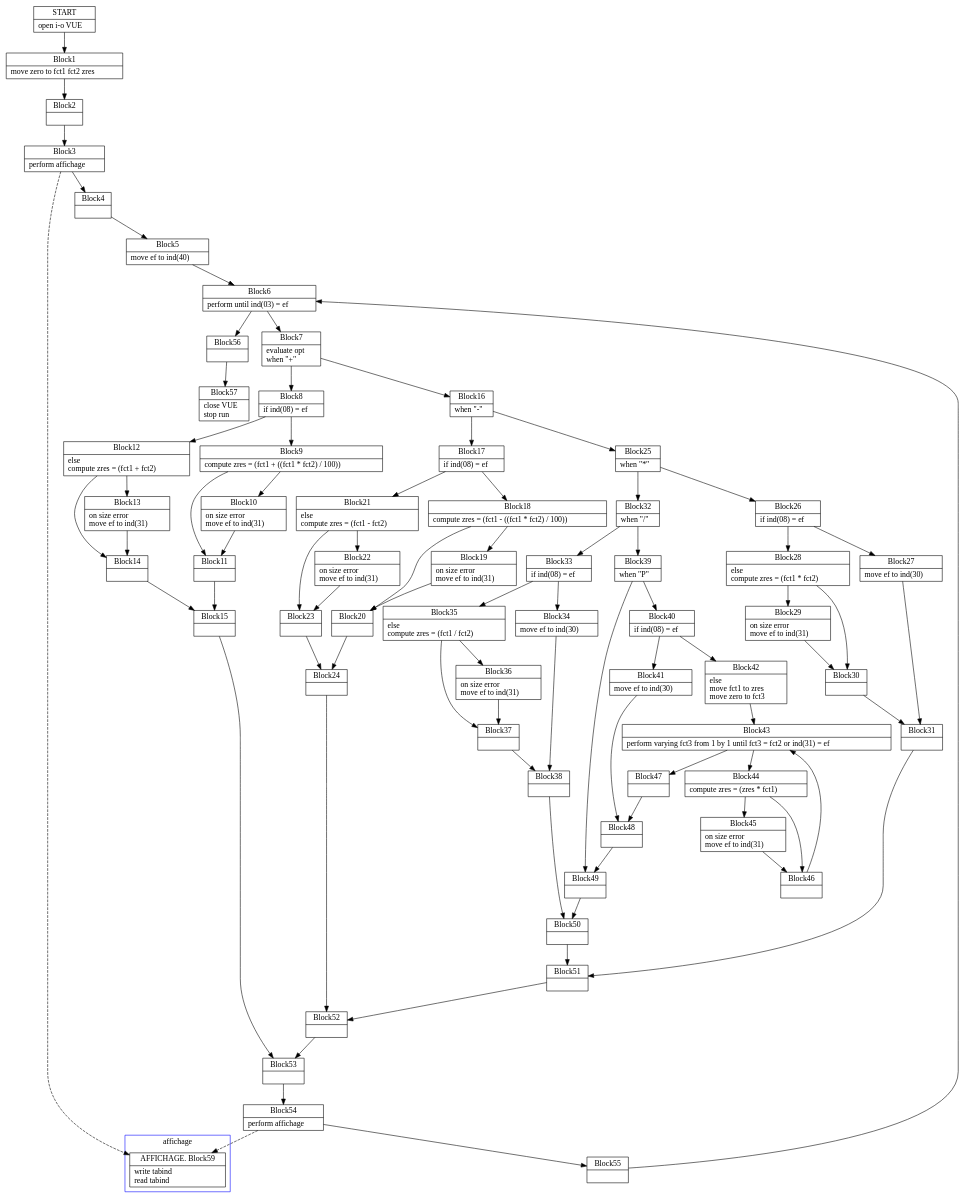
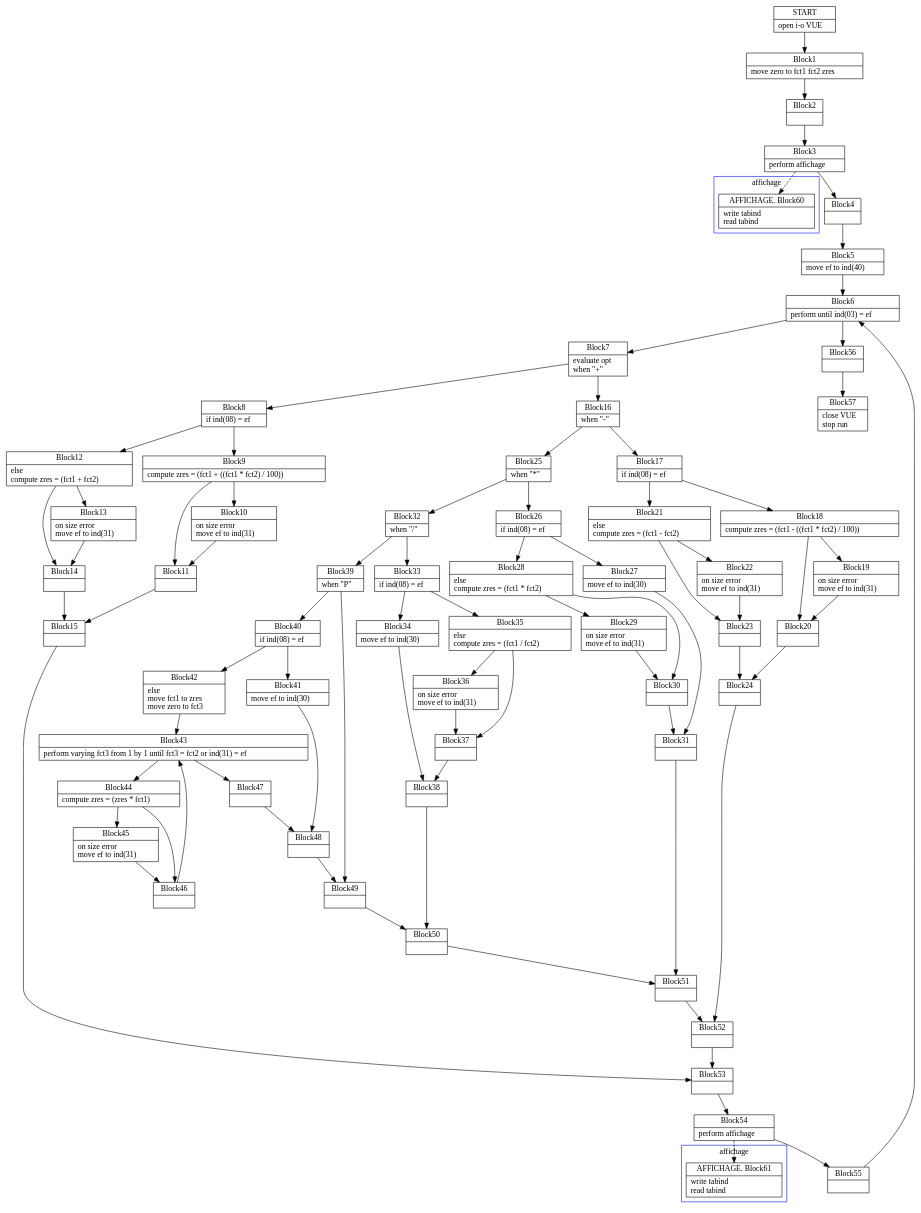
Before and after one commit to TypeCobolTeam/TypeCobol: the diagram in TypeCobol.Analysis.Test/DotOutput/MixPeformEvaluateIf0.dot, drawn with Graphviz. The commit also changed 12 other files, not shown here.

```diff
--- a/TypeCobol.Analysis.Test/DotOutput/MixPeformEvaluateIf0.dot
+++ b/TypeCobol.Analysis.Test/DotOutput/MixPeformEvaluateIf0.dot
@@ -22,12 +22,12 @@
 subgraph cluster_1{
 color = blue;
 label = "affichage";
-Block59 [
-label = "{AFFICHAGE. Block59|      write tabind\l      read  tabind\l}"
+Block60 [
+label = "{AFFICHAGE. Block60|      write tabind\l      read  tabind\l}"
 ]
 
 }
-Block3 -> Block59 [style=dashed]
+Block3 -> Block60 [style=dashed]
 
 Block4 [
 label = "{Block4|}"
@@ -65,12 +65,12 @@
 subgraph cluster_2{
 color = blue;
 label = "affichage";
-Block59 [
-label = "{AFFICHAGE. Block59|      write tabind\l      read  tabind\l}"
+Block61 [
+label = "{AFFICHAGE. Block61|      write tabind\l      read  tabind\l}"
 ]
 
 }
-Block54 -> Block59 [style=dashed]
+Block54 -> Block61 [style=dashed]
 
 Block55 [
 label = "{Block55|}"
```
